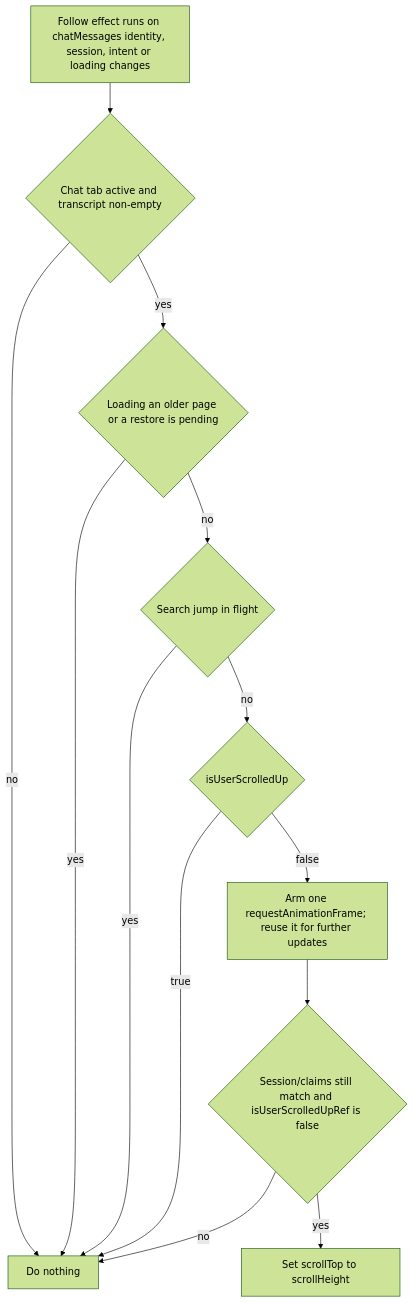
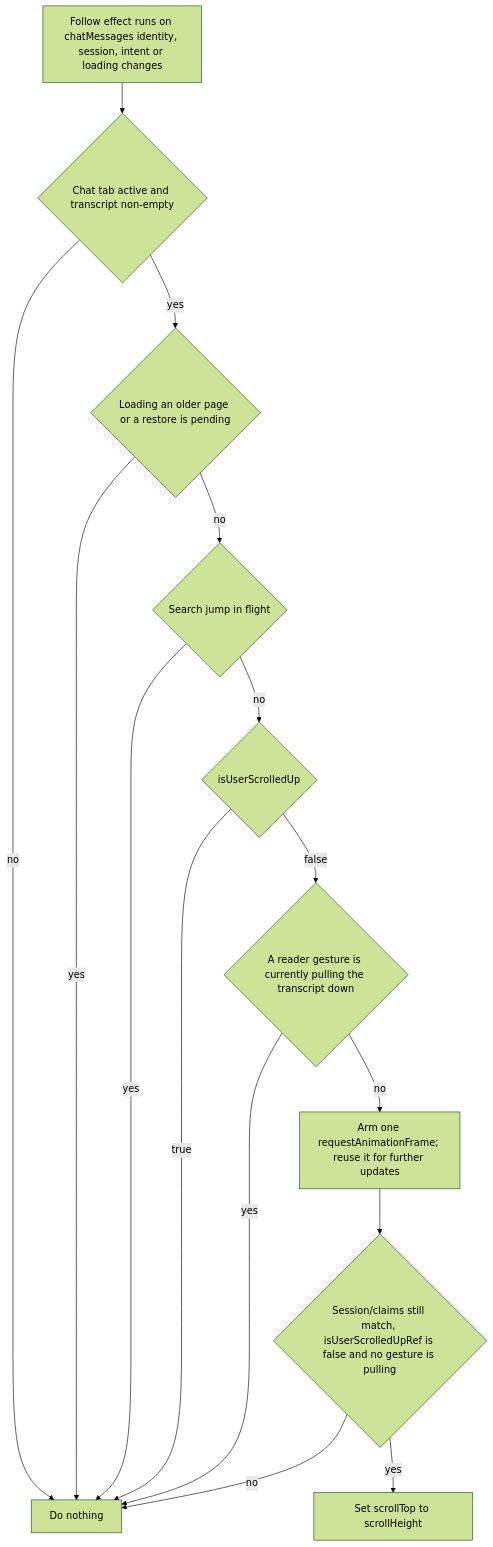
One commit to selierlin/cloudcli changed the second of 5 diagrams in docs/architecture/05-scrolling.md. Above: the diagram before and after it, drawn with Mermaid (forest theme). The commit also changed other lines of this file and 2 other files, not shown here.

````diff
--- a/docs/architecture/05-scrolling.md
+++ b/docs/architecture/05-scrolling.md
@@ -178,15 +192,17 @@
 ```mermaid
 flowchart TD
   A["Follow effect runs on chatMessages identity, session, intent or loading changes"] --> B{"Chat tab active and transcript non-empty"}
   B -->|"no"| Z["Do nothing"]
   B -->|"yes"| D{"Loading an older page or a restore is pending"}
   D -->|"yes"| Z
   D -->|"no"| E{"Search jump in flight"}
   E -->|"yes"| Z
   E -->|"no"| F{"isUserScrolledUp"}
   F -->|"true"| Z
-  F -->|"false"| G["Arm one requestAnimationFrame; reuse it for further updates"]
-  G --> H{"Session/claims still match and isUserScrolledUpRef is false"}
+  F -->|"false"| F2{"A reader gesture is currently pulling the transcript down"}
+  F2 -->|"yes"| Z
+  F2 -->|"no"| G["Arm one requestAnimationFrame; reuse it for further updates"]
+  G --> H{"Session/claims still match, isUserScrolledUpRef is false and no gesture is pulling"}
   H -->|"no"| Z
   H -->|"yes"| I["Set scrollTop to scrollHeight"]
 ```
````
